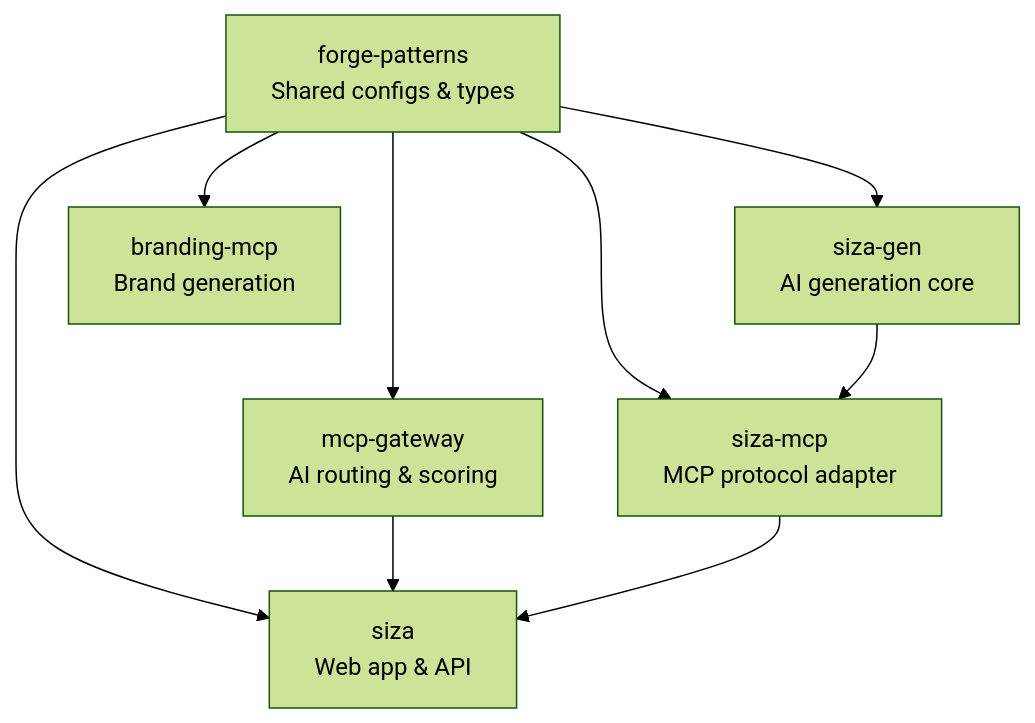
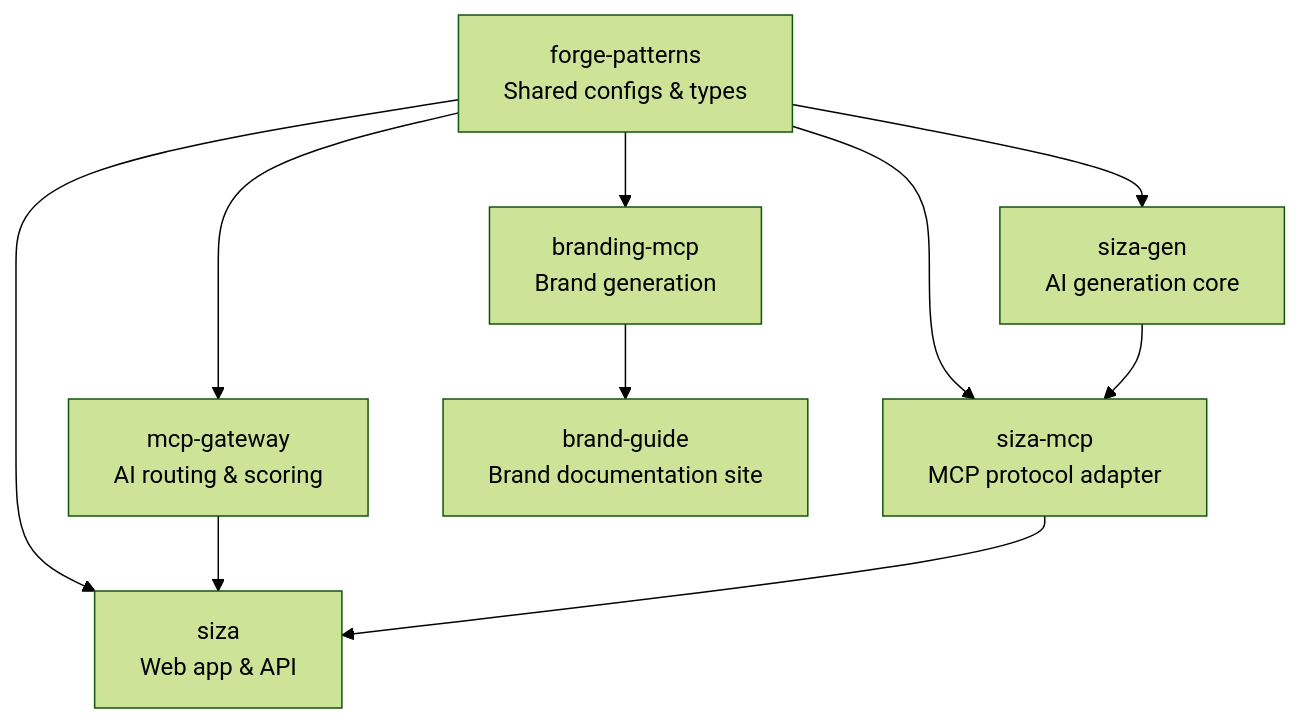
One commit to LucasSantana-Dev/UIForge changed the diagram in apps/docs/content/docs/ecosystem/architecture.mdx. Above: the diagram before and after it, drawn with Mermaid (forest theme). The commit also changed other lines of this file and 11 other files, not shown here.

First line of the commit message:
fix: Update docs accuracy — repo count, tool count, feature flags, architecture (#233)

````diff
--- a/apps/docs/content/docs/ecosystem/architecture.mdx
+++ b/apps/docs/content/docs/ecosystem/architecture.mdx
@@ -10,11 +10,12 @@
 ```mermaid
 graph TB
     FP[forge-patterns<br/>Shared configs & types] --> MG[mcp-gateway<br/>AI routing & scoring]
     FP --> SG[siza-gen<br/>AI generation core]
     FP --> SM[siza-mcp<br/>MCP protocol adapter]
     FP --> SZ[siza<br/>Web app & API]
     FP --> BM[branding-mcp<br/>Brand generation]
+    BM --> BG[brand-guide<br/>Brand documentation site]
     SG --> SM
     MG --> SZ
     SM --> SZ
 ```
````
